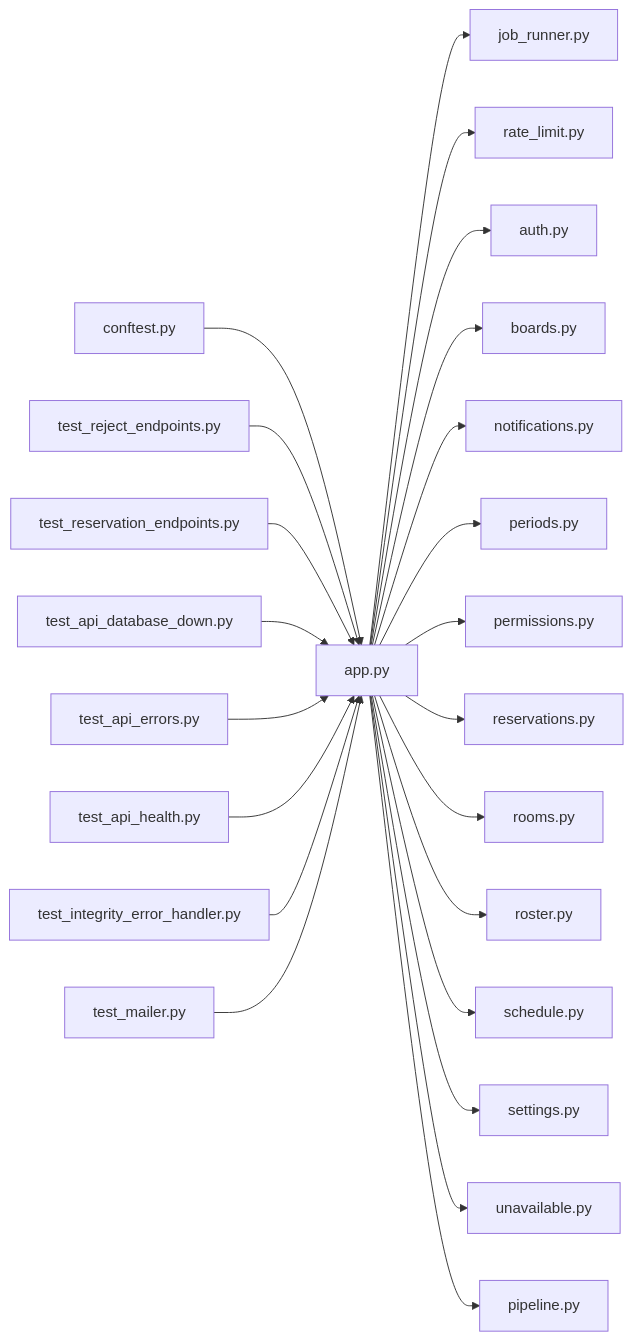
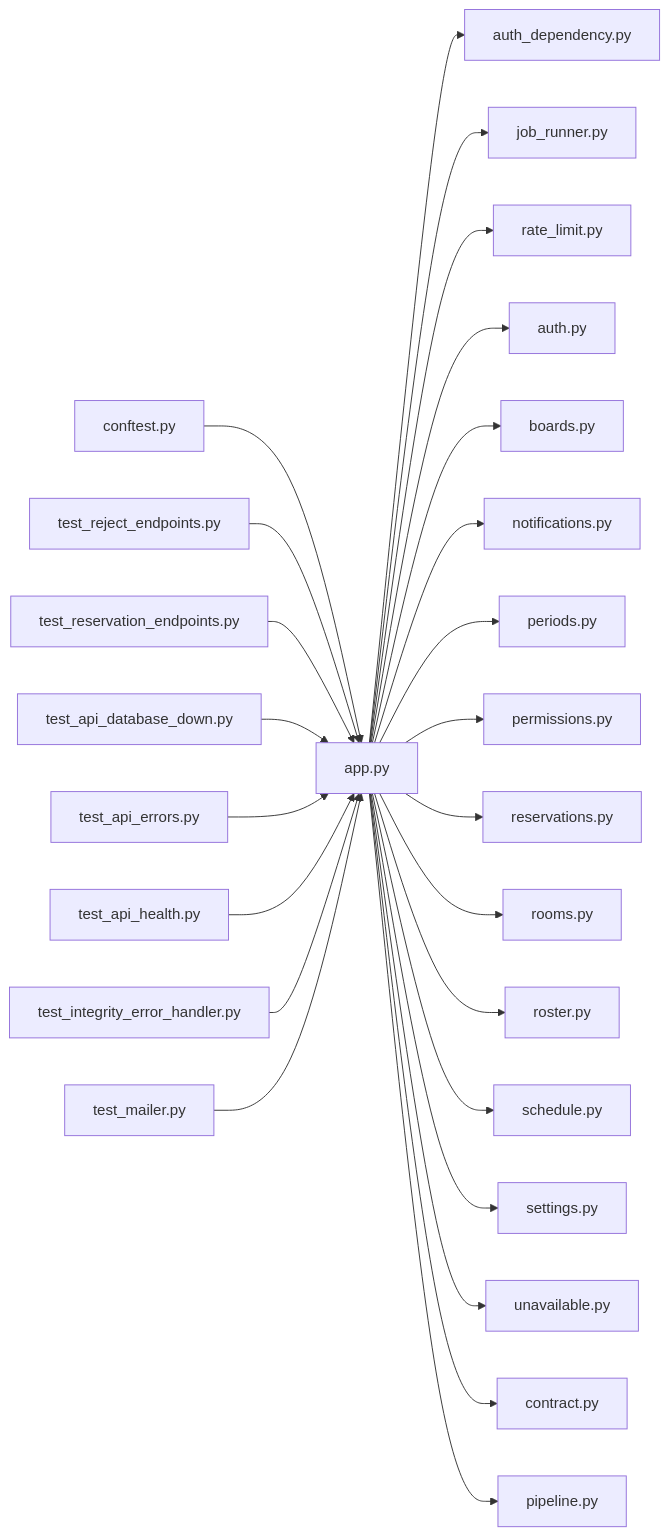
The diagram in .cluedoc/graph/backend/src/backend/api/app.md (minkong-dev/Banblit), drawn with Mermaid before and after one commit. The commit also changed other lines of this file and 47 other files, not shown here.

````diff
--- a/.cluedoc/graph/backend/src/backend/api/app.md
+++ b/.cluedoc/graph/backend/src/backend/api/app.md
@@ -10,26 +10,28 @@
 ```mermaid
 flowchart LR
   backend_src_backend_api_app["app.py"]
+  backend_src_backend_api_app --> backend_src_backend_api_auth_dependency["auth_dependency.py"]
   backend_src_backend_api_app --> backend_src_backend_api_job_runner["job_runner.py"]
   backend_src_backend_api_app --> backend_src_backend_api_rate_limit["rate_limit.py"]
   backend_src_backend_api_app --> backend_src_backend_api_routers_auth["auth.py"]
   backend_src_backend_api_app --> backend_src_backend_api_routers_boards["boards.py"]
   backend_src_backend_api_app --> backend_src_backend_api_routers_notifications["notifications.py"]
   backend_src_backend_api_app --> backend_src_backend_api_routers_periods["periods.py"]
   backend_src_backend_api_app --> backend_src_backend_api_routers_permissions["permissions.py"]
   backend_src_backend_api_app --> backend_src_backend_api_routers_reservations["reservations.py"]
   backend_src_backend_api_app --> backend_src_backend_api_routers_rooms["rooms.py"]
   backend_src_backend_api_app --> backend_src_backend_api_routers_roster["roster.py"]
   backend_src_backend_api_app --> backend_src_backend_api_routers_schedule["schedule.py"]
   backend_src_backend_api_app --> backend_src_backend_api_routers_settings["settings.py"]
   backend_src_backend_api_app --> backend_src_backend_api_routers_unavailable["unavailable.py"]
+  backend_src_backend_api_app --> backend_src_backend_contract["contract.py"]
   backend_src_backend_api_app --> backend_src_backend_db_pipeline["pipeline.py"]
   backend_tests_conftest["conftest.py"] --> backend_src_backend_api_app
   backend_tests_integration_db_test_reject_endpoints["test_reject_endpoints.py"] --> backend_src_backend_api_app
   backend_tests_integration_db_test_reservation_endpoints["test_reservation_endpoints.py"] --> backend_src_backend_api_app
   backend_tests_unit_test_api_database_down["test_api_database_down.py"] --> backend_src_backend_api_app
   backend_tests_unit_test_api_errors["test_api_errors.py"] --> backend_src_backend_api_app
   backend_tests_unit_test_api_health["test_api_health.py"] --> backend_src_backend_api_app
   backend_tests_unit_test_integrity_error_handler["test_integrity_error_handler.py"] --> backend_src_backend_api_app
   backend_tests_unit_test_mailer["test_mailer.py"] --> backend_src_backend_api_app
 ```
````
